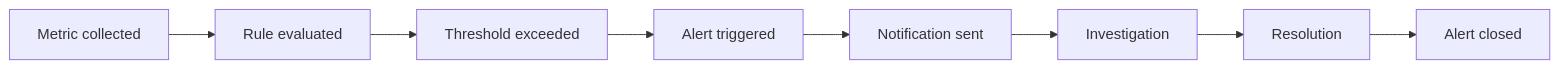
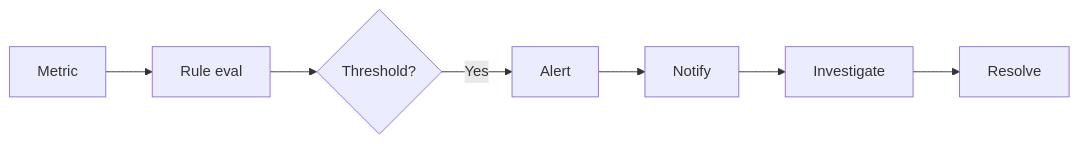
The ninth of 12 diagrams in 09-observability/README.md (hareramcse/SystemDesign), drawn with Mermaid before and after one commit. The commit also changed other lines of this file and 14 other files, not shown here.

````diff
--- a/09-observability/README.md
+++ b/09-observability/README.md
@@ -2088,10 +1274,9 @@
 ```mermaid
 flowchart LR
- M[Metric collected] --> R[Rule evaluated]
- R --> T[Threshold exceeded]
- T --> A[Alert triggered]
- A --> N[Notification sent]
- N --> I[Investigation]
- I --> X[Resolution]
- X --> C[Alert closed]
+    M[Metric] --> R[Rule eval]
+    R --> T{Threshold?}
+    T -->|Yes| A[Alert]
+    A --> N[Notify]
+    N --> I[Investigate]
+    I --> X[Resolve]
 ```
````
